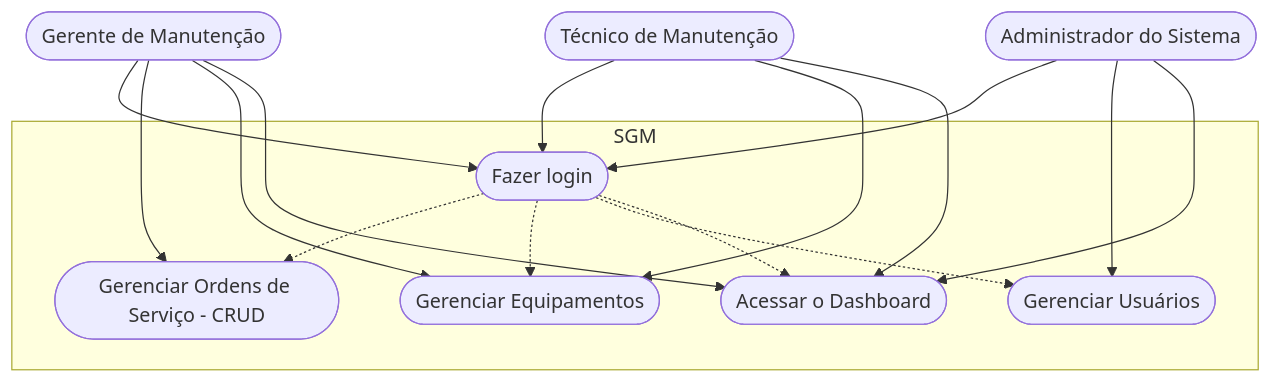
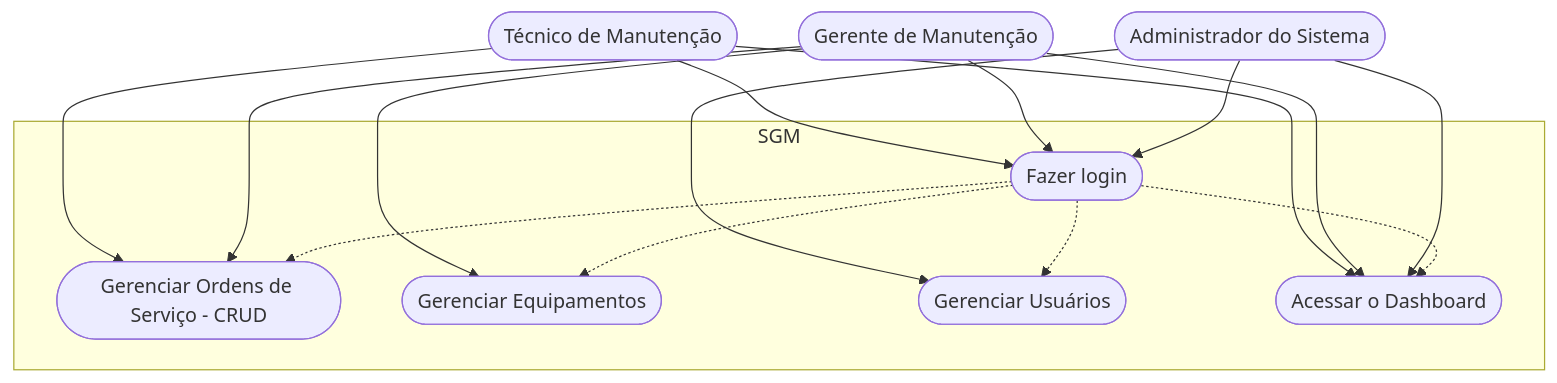
One commit to Adrielly0124/Curso_Front-End changed the second of 2 diagrams in FrameworksCorreto/Next/formativa-sgm/README.md. Above: the diagram before and after it, drawn with Mermaid. The commit also changed 6 other files, not shown here.

````diff
--- a/FrameworksCorreto/Next/formativa-sgm/README.md
+++ b/FrameworksCorreto/Next/formativa-sgm/README.md
@@ -102,35 +102,35 @@
 ```mermaid
 
 graph TD
 
     subgraph "SGM"
         caso1([Fazer login])
         caso2([Gerenciar Ordens de Serviço - CRUD])
         caso3([Gerenciar Equipamentos])
         caso4([Gerenciar Usuários])
         caso5([Acessar o Dashboard])
     end
 
     Tecnico([Técnico de Manutenção])
     Gerente([Gerente de Manutenção])
     Admin([Administrador do Sistema])
 
     Tecnico --> caso1
-    Tecnico --> caso3
+    Tecnico --> caso2
     Tecnico --> caso5
 
     Gerente --> caso1
     Gerente --> caso2
     Gerente --> caso3
     Gerente --> caso5
 
     Admin --> caso1
     Admin --> caso4
     Admin --> caso5
 
     caso1 -.-> caso2
     caso1 -.-> caso3
     caso1 -.-> caso4
     caso1 -.-> caso5
 
 ```
````
